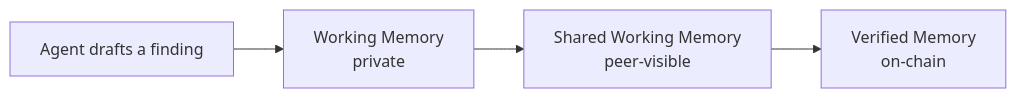
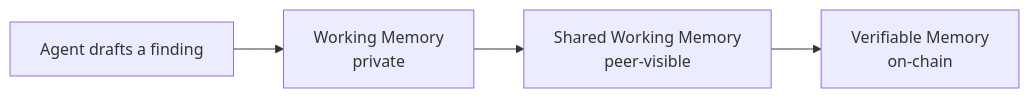
Before and after one commit to OriginTrail/dkg: the diagram in docs/README.md, drawn with Mermaid. The commit also changed other lines of this file and 31 other files, not shown here.

````diff
--- a/docs/README.md
+++ b/docs/README.md
@@ -39,6 +46,6 @@
 ```mermaid
 flowchart LR
   A["Agent drafts a finding"] --> WM["Working Memory<br/>private"]
   WM --> SWM["Shared Working Memory<br/>peer-visible"]
-  SWM --> VM["Verified Memory<br/>on-chain"]
+  SWM --> VM["Verifiable Memory<br/>on-chain"]
 ```
````
